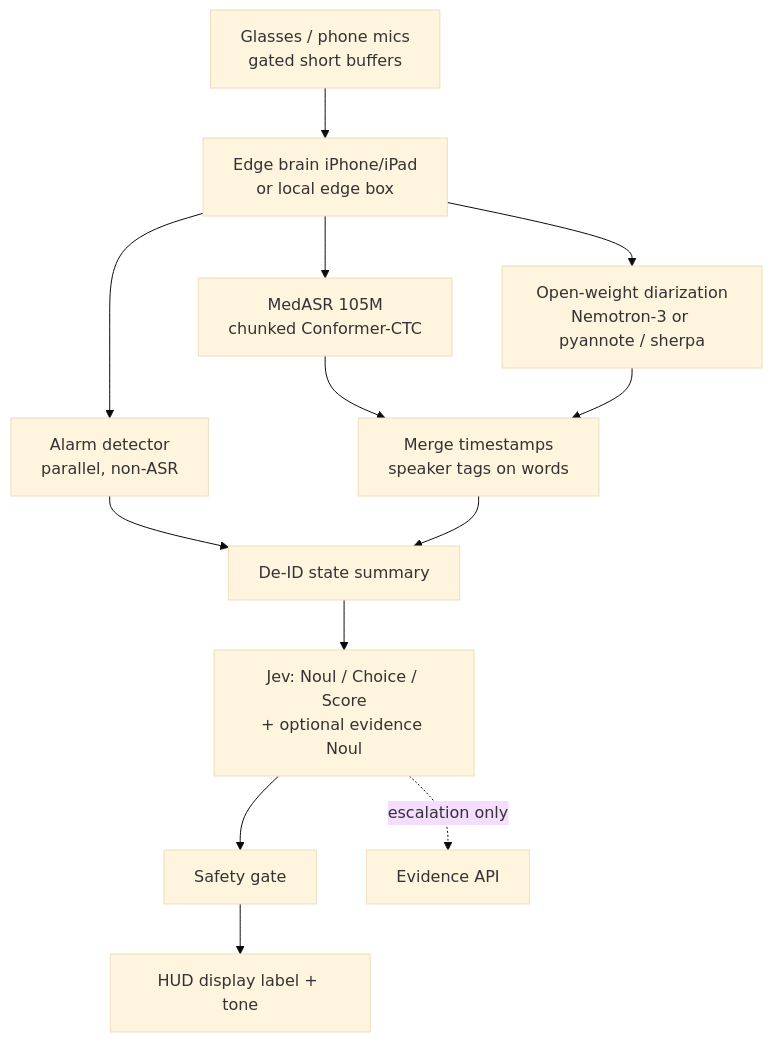
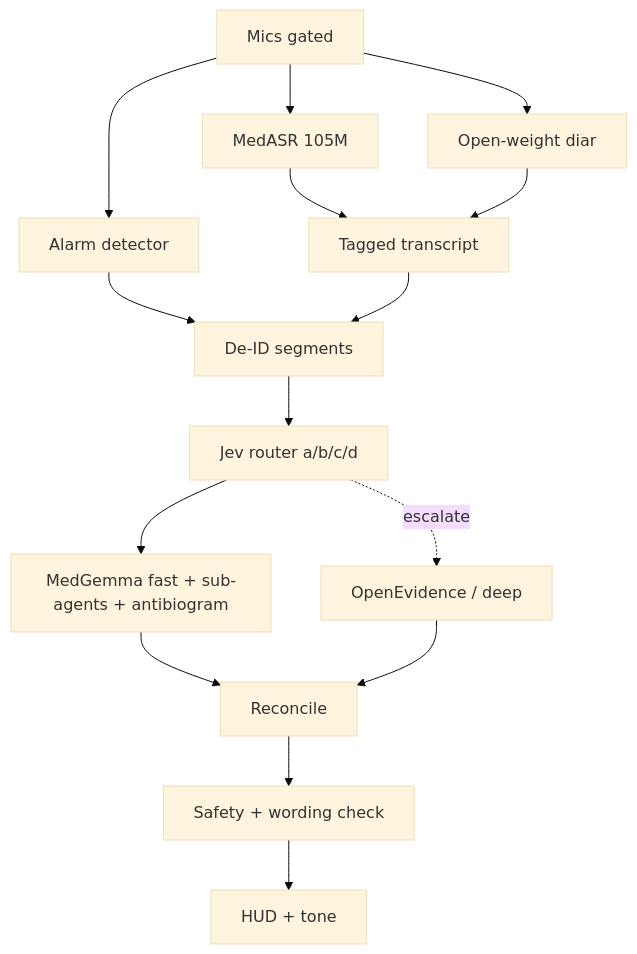
Before and after one commit to senrealinvestment/cognitive-companion: the diagram in docs/architecture/V2B-google-speech.md, drawn with Mermaid (base theme). The commit also changed other lines of this file and 5 other files, not shown here.

First line of the commit message:
docs: V2 Jev multi-point router + MedGemma fast / deep research paths

````diff
--- a/docs/architecture/V2B-google-speech.md
+++ b/docs/architecture/V2B-google-speech.md
@@ -57,15 +47,17 @@
 ```mermaid
 flowchart TB
-  MIC[Glasses / phone mics<br/>gated short buffers] --> EDGE[Edge brain iPhone/iPad<br/>or local edge box]
-  EDGE --> ALARM[Alarm detector<br/>parallel, non-ASR]
-  EDGE --> ASR[MedASR 105M<br/>chunked Conformer-CTC]
-  EDGE --> DIAR[Open-weight diarization<br/>Nemotron-3 or pyannote / sherpa]
-  ASR --> MERGE[Merge timestamps<br/>speaker tags on words]
+  MIC[Mics gated] --> ASR[MedASR 105M]
+  MIC --> DIAR[Open-weight diar]
+  MIC --> ALARM[Alarm detector]
+  ASR --> MERGE[Tagged transcript]
   DIAR --> MERGE
-  ALARM --> SUM[De-ID state summary]
-  MERGE --> SUM
-  SUM --> JEV[Jev: Noul / Choice / Score<br/>+ optional evidence Noul]
-  JEV --> GATE[Safety gate]
-  GATE --> HUD[HUD display label + tone]
-  JEV -.->|escalation only| EV[Evidence API]
+  ALARM --> DEID[De-ID segments]
+  MERGE --> DEID
+  DEID --> JEV[Jev router a/b/c/d]
+  JEV --> FAST[MedGemma fast + sub-agents + antibiogram]
+  JEV -.->|escalate| DEEP[OpenEvidence / deep]
+  FAST --> REC[Reconcile]
+  DEEP --> REC
+  REC --> GATE[Safety + wording check]
+  GATE --> HUD[HUD + tone]
 ```
````
